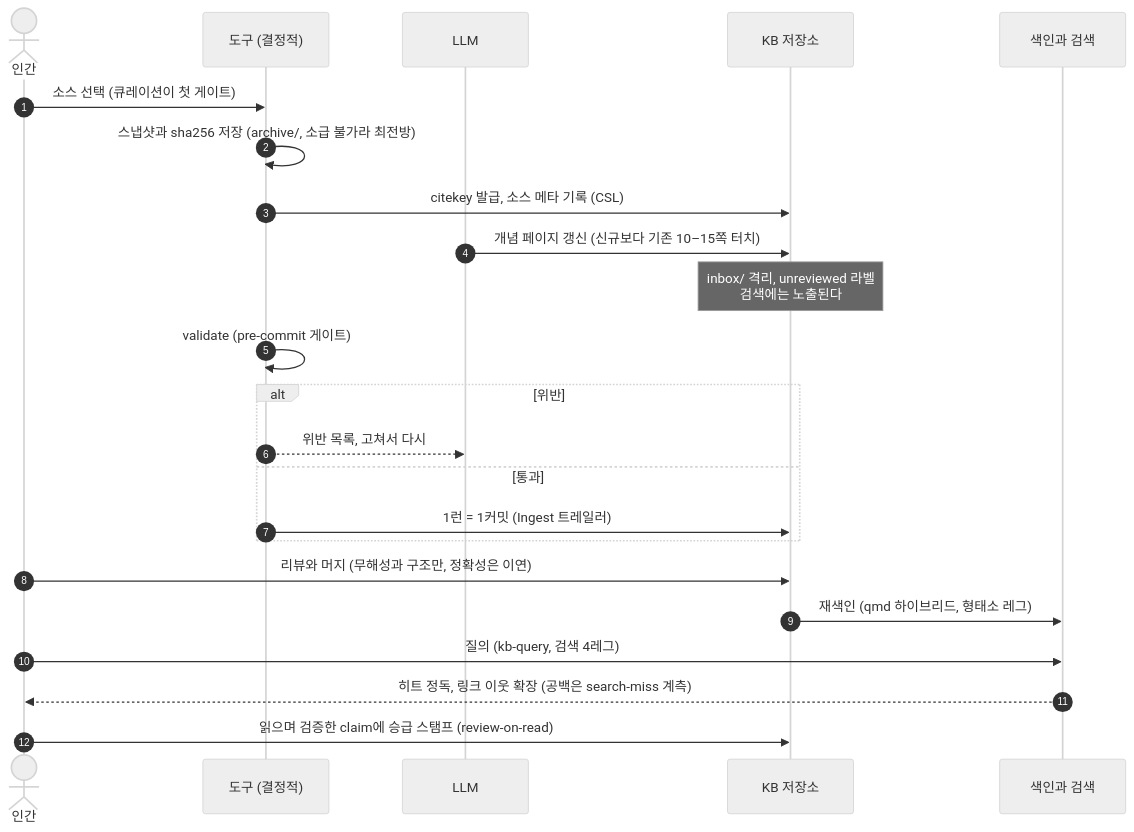
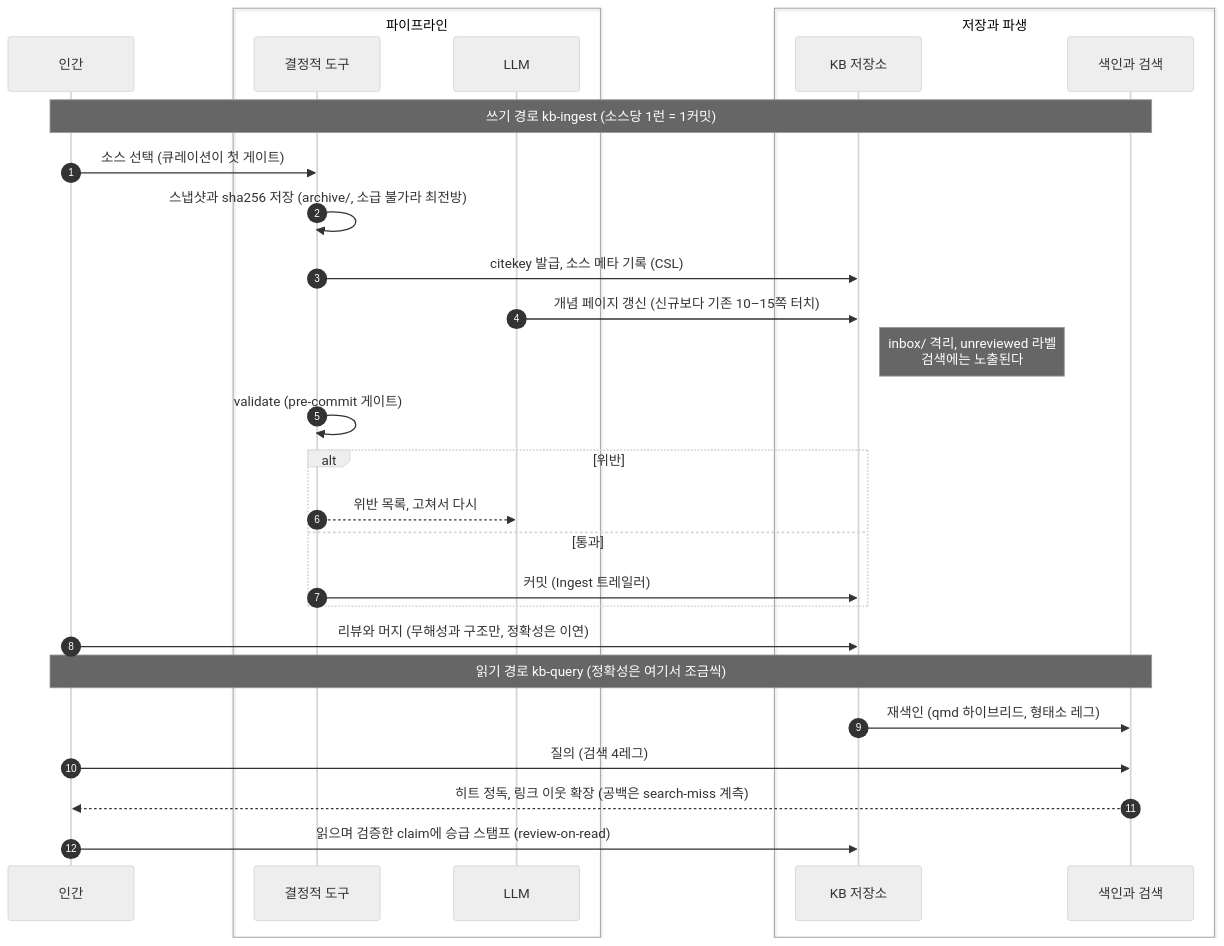
The second of 3 diagrams in README.md (alteralab/syntopicon), drawn with Mermaid (neutral theme) before and after one commit.

Commit message:
plan: 파이프라인 다이어그램 마감 — 사람 아이콘 제거, 참여자 그룹과 경로 구분선
actor 선언을 participant로 바꾸고, box(참여자 그룹)와 note 구분선으로
쓰기/읽기 경로를 나눴다. 색상 고정 rect는 다크 모드 호환이 불확실해 배제.

````diff
--- a/README.md
+++ b/README.md
@@ -40,26 +40,33 @@
 ```mermaid
 sequenceDiagram
     autonumber
-    actor H as 인간
-    participant T as 도구 (결정적)
-    participant L as LLM
-    participant K as KB 저장소
-    participant S as 색인과 검색
+    participant H as 인간
+    box transparent 파이프라인
+        participant T as 결정적 도구
+        participant L as LLM
+    end
+    box transparent 저장과 파생
+        participant K as KB 저장소
+        participant S as 색인과 검색
+    end
 
+    note over H,S: 쓰기 경로 kb-ingest (소스당 1런 = 1커밋)
     H->>T: 소스 선택 (큐레이션이 첫 게이트)
     T->>T: 스냅샷과 sha256 저장 (archive/, 소급 불가라 최전방)
     T->>K: citekey 발급, 소스 메타 기록 (CSL)
     L->>K: 개념 페이지 갱신 (신규보다 기존 10–15쪽 터치)
-    note over K: inbox/ 격리, unreviewed 라벨<br/>검색에는 노출된다
+    note right of K: inbox/ 격리, unreviewed 라벨<br/>검색에는 노출된다
     T->>T: validate (pre-commit 게이트)
     alt 위반
         T-->>L: 위반 목록, 고쳐서 다시
     else 통과
-        T->>K: 1런 = 1커밋 (Ingest 트레일러)
+        T->>K: 커밋 (Ingest 트레일러)
     end
     H->>K: 리뷰와 머지 (무해성과 구조만, 정확성은 이연)
+
+    note over H,S: 읽기 경로 kb-query (정확성은 여기서 조금씩)
     K->>S: 재색인 (qmd 하이브리드, 형태소 레그)
-    H->>S: 질의 (kb-query, 검색 4레그)
+    H->>S: 질의 (검색 4레그)
     S-->>H: 히트 정독, 링크 이웃 확장 (공백은 search-miss 계측)
     H->>K: 읽으며 검증한 claim에 승급 스탬프 (review-on-read)
 ```
````
